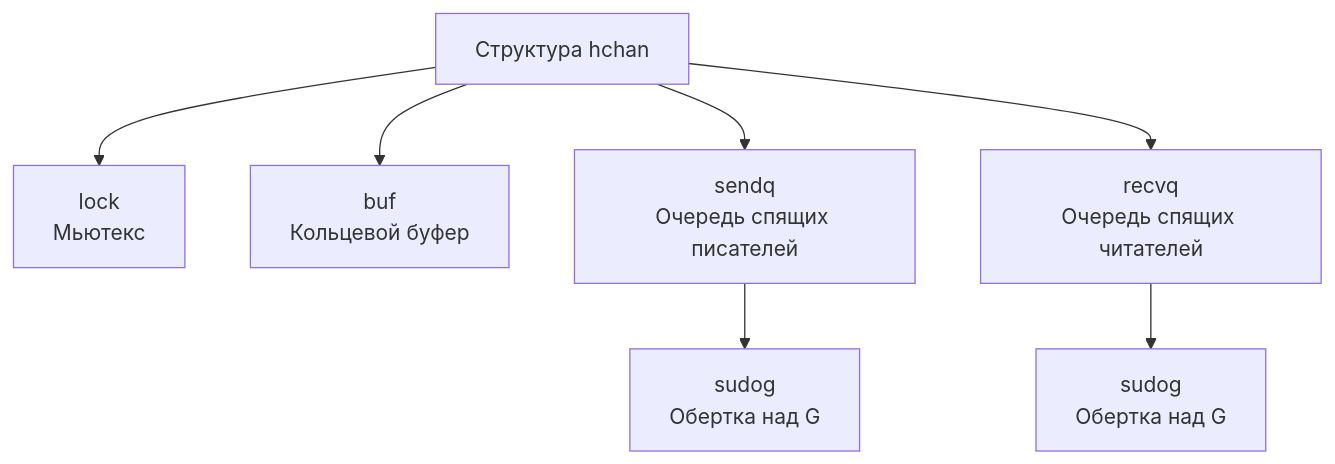
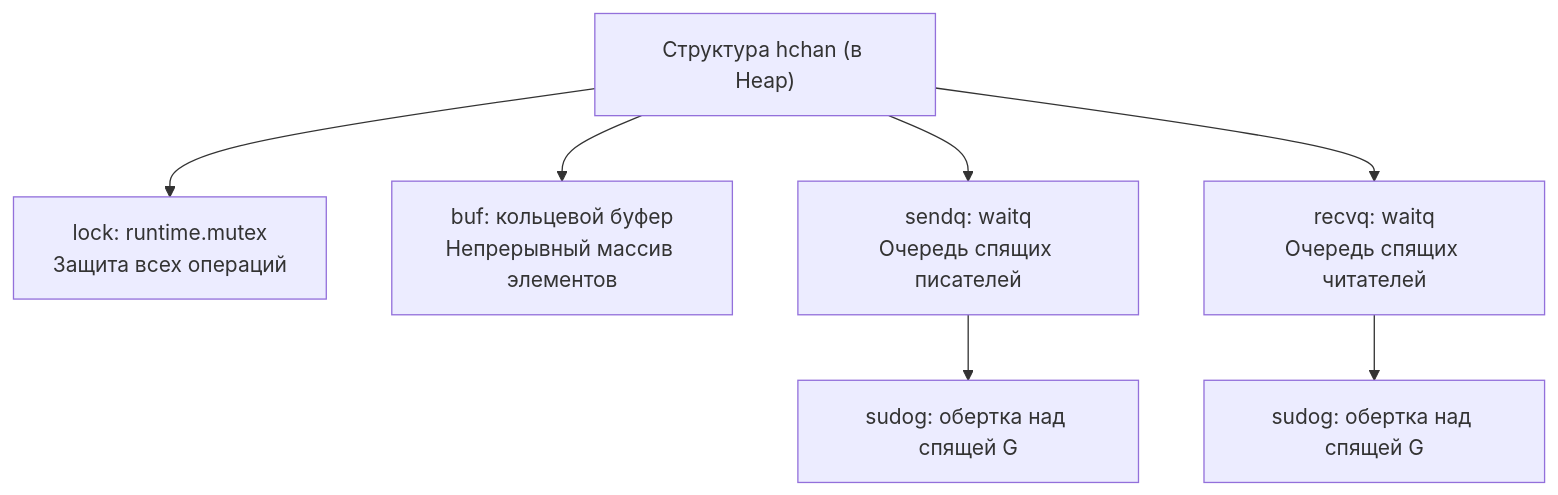
One commit to UnrealTemplier/go-textbook changed the first of 2 diagrams in sources/7. Глубокий Go (Внутреннее устройство)/13. Каналы под капотом. hchan, sudog, sendq, recvq.md. Above: the diagram before and after it, drawn with Mermaid. The commit also changed other lines of this file, not shown here.

````diff
--- a/sources/7. Глубокий Go (Внутреннее устройство)/13. Каналы под капотом. hchan, sudog, sendq, recvq.md
+++ b/sources/7. Глубокий Go (Внутреннее устройство)/13. Каналы под капотом. hchan, sudog, sendq, recvq.md
@@ -23,9 +17,9 @@
 ```mermaid
 flowchart TD
-    HCHAN["Структура hchan"] --> LOCK["lock<br>Мьютекс"]
-    HCHAN --> BUF["buf<br>Кольцевой буфер"]
-    HCHAN --> SENDQ["sendq<br>Очередь спящих писателей"]
-    HCHAN --> RECVQ["recvq<br>Очередь спящих читателей"]
-    SENDQ --> SUDOG1["sudog<br>Обертка над G"]
-    RECVQ --> SUDOG2["sudog<br>Обертка над G"]
+    HCHAN["Структура hchan (в Heap)"] --> LOCK["lock: runtime.mutex<br>Защита всех операций"]
+    HCHAN --> BUF["buf: кольцевой буфер<br>Непрерывный массив элементов"]
+    HCHAN --> SENDQ["sendq: waitq<br>Очередь спящих писателей"]
+    HCHAN --> RECVQ["recvq: waitq<br>Очередь спящих читателей"]
+    SENDQ --> SUDOG1["sudog: обертка над спящей G"]
+    RECVQ --> SUDOG2["sudog: обертка над спящей G"]
 ```
````
